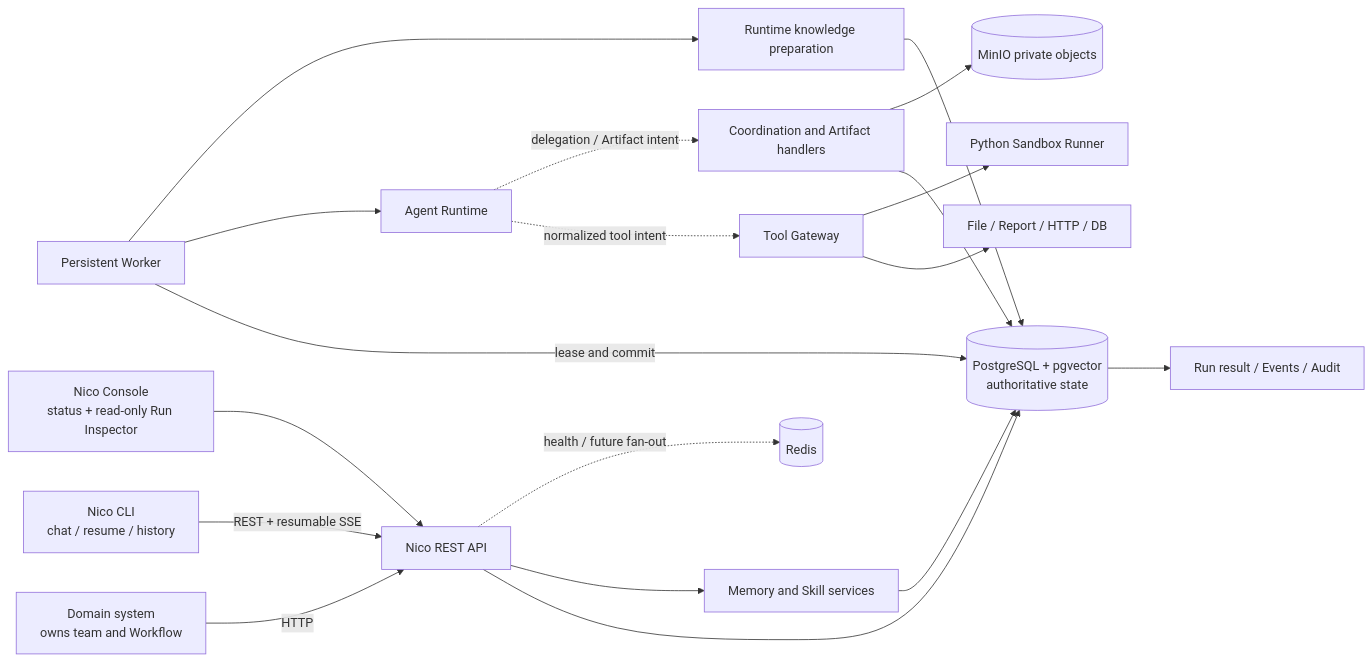
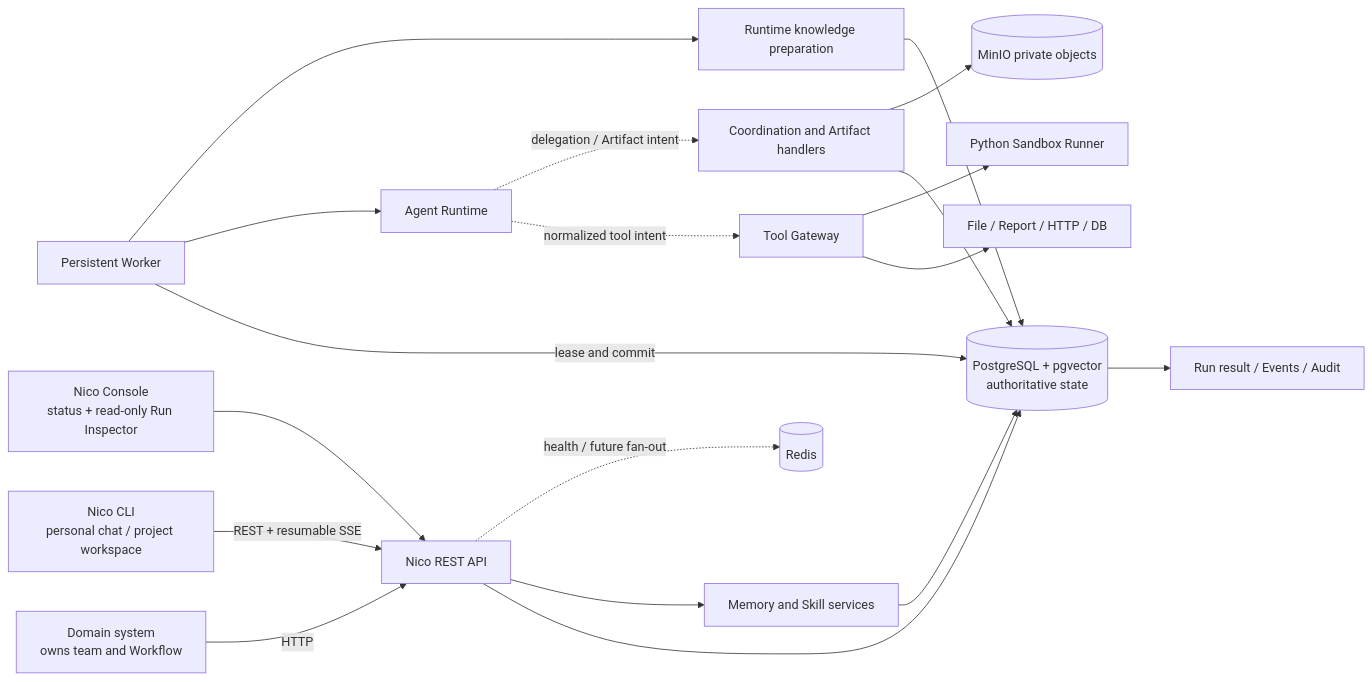
One commit to Phlosy/Nico-agent changed the first of 2 diagrams in docs/architecture.md. Above: the diagram before and after it, drawn with Mermaid. The commit also changed other lines of this file and 7 other files, not shown here.

````diff
--- a/docs/architecture.md
+++ b/docs/architecture.md
@@ -9,21 +9,21 @@
 ```mermaid
 flowchart LR
     Domain["Domain system<br/>owns team and Workflow"] -->|HTTP| API["Nico REST API"]
-    CLI["Nico CLI<br/>chat / resume / history"] -->|REST + resumable SSE| API
+    CLI["Nico CLI<br/>personal chat / project workspace"] -->|REST + resumable SSE| API
     Console["Nico Console<br/>status + read-only Run Inspector"] --> API
     API --> PG[("PostgreSQL + pgvector<br/>authoritative state")]
     Worker["Persistent Worker"] -->|lease and commit| PG
     Worker --> Runtime["Agent Runtime"]
     Runtime -. "normalized tool intent" .-> Gateway["Tool Gateway"]
     Runtime -. "delegation / Artifact intent" .-> Coordination["Coordination and Artifact handlers"]
     Coordination --> PG
     Gateway --> Tools["File / Report / HTTP / DB"]
     Gateway --> Runner["Python Sandbox Runner"]
     API --> Growth["Memory and Skill services"]
     Worker --> Prep["Runtime knowledge preparation"]
     Prep --> PG
     Growth --> PG
     API -. "health / future fan-out" .-> Redis[(Redis)]
     Coordination --> MinIO[(MinIO private objects)]
     PG --> Records["Run result / Events / Audit"]
 ```
````
